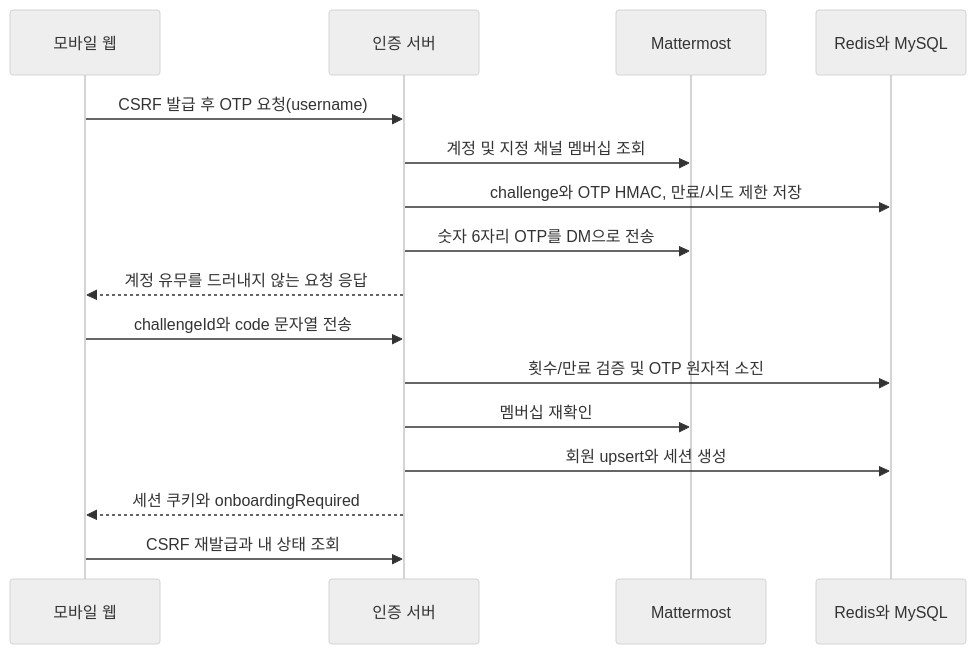
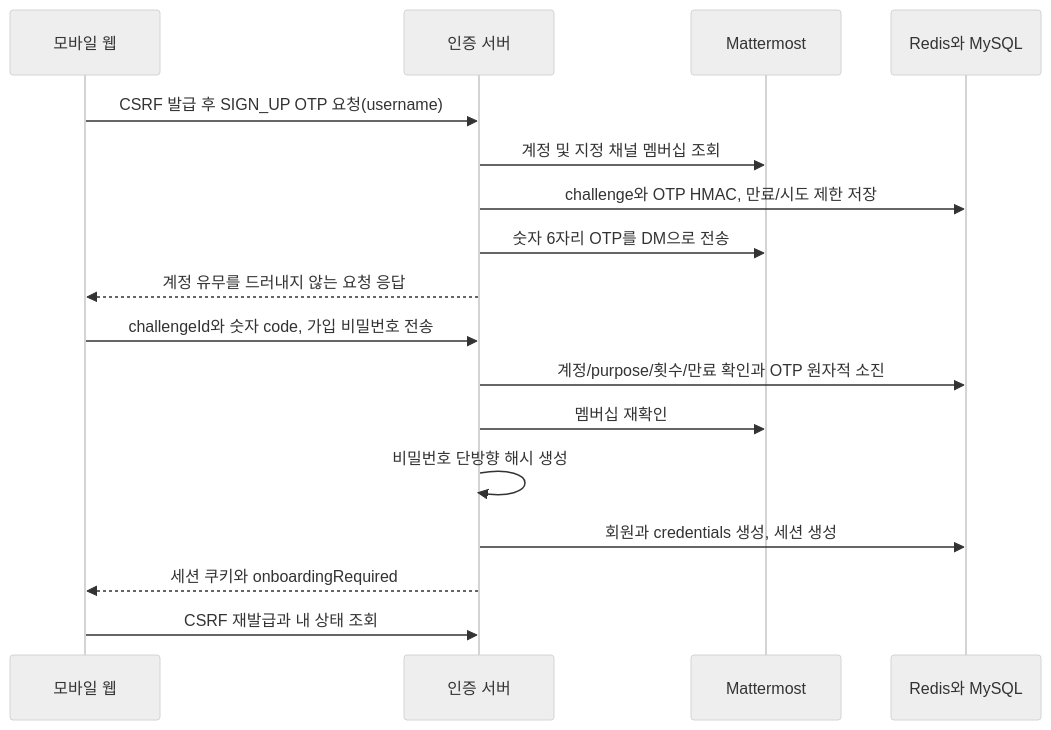
Before and after one commit to anonymity-developer/connection_16: the second of 10 diagrams in docs/user-flows.md, drawn with Mermaid (neutral theme). The commit also changed other lines of this file and 12 other files, not shown here.

Commit message:
docs: use Mattermost username and local password with purpose-bound DM verification

````diff
--- a/docs/user-flows.md
+++ b/docs/user-flows.md
@@ -46,18 +50,19 @@
 ```mermaid
 sequenceDiagram
     participant Web as 모바일 웹
     participant API as 인증 서버
     participant MM as Mattermost
     participant Store as Redis와 MySQL
-    Web->>API: CSRF 발급 후 OTP 요청(username)
+    Web->>API: CSRF 발급 후 SIGN_UP OTP 요청(username)
     API->>MM: 계정 및 지정 채널 멤버십 조회
     API->>Store: challenge와 OTP HMAC, 만료/시도 제한 저장
     API->>MM: 숫자 6자리 OTP를 DM으로 전송
     API-->>Web: 계정 유무를 드러내지 않는 요청 응답
-    Web->>API: challengeId와 code 문자열 전송
-    API->>Store: 횟수/만료 검증 및 OTP 원자적 소진
+    Web->>API: challengeId와 숫자 code, 가입 비밀번호 전송
+    API->>Store: 계정/purpose/횟수/만료 확인과 OTP 원자적 소진
     API->>MM: 멤버십 재확인
-    API->>Store: 회원 upsert와 세션 생성
+    API->>API: 비밀번호 단방향 해시 생성
+    API->>Store: 회원과 credentials 생성, 세션 생성
     API-->>Web: 세션 쿠키와 onboardingRequired
     Web->>API: CSRF 재발급과 내 상태 조회
 ```
````
